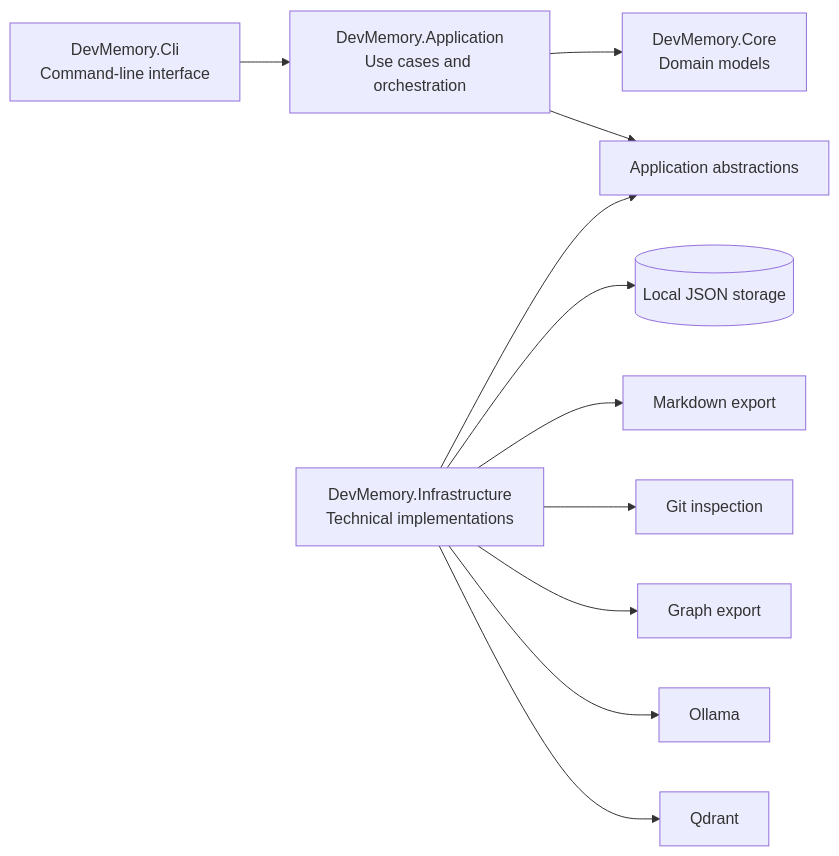
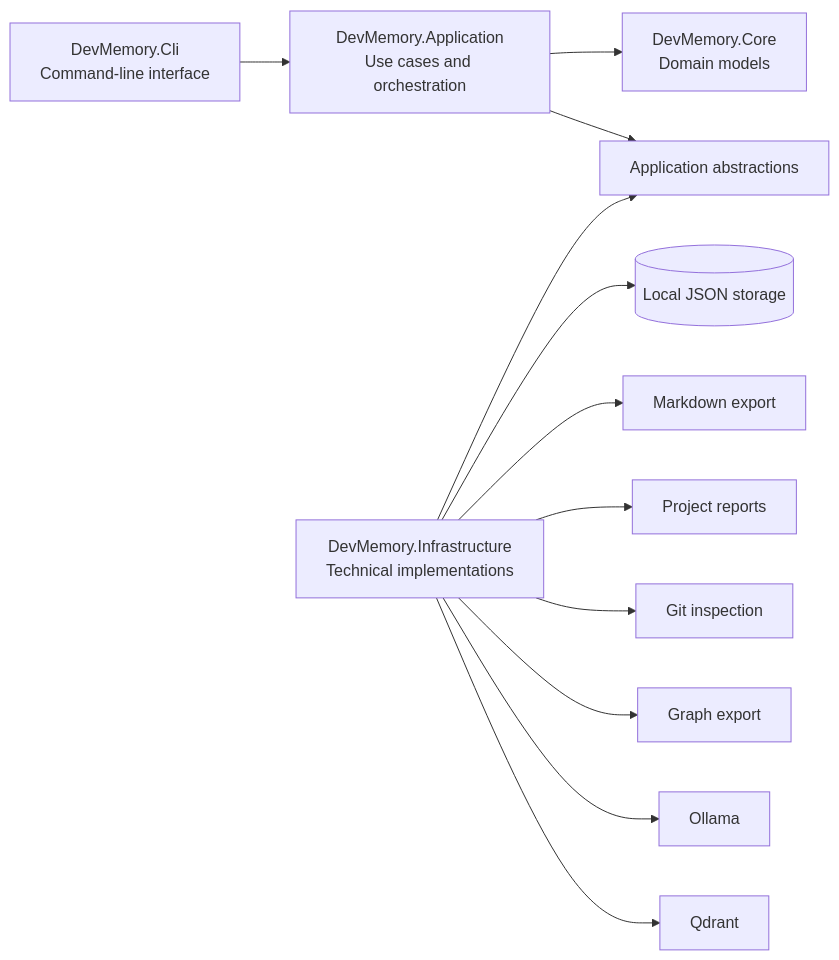
One commit to FilippoGaravaglia/DevMemory changed the first of 6 diagrams in docs/architecture.md. Above: the diagram before and after it, drawn with Mermaid. The commit also changed other lines of this file and 11 other files, not shown here.

````diff
--- a/docs/architecture.md
+++ b/docs/architecture.md
@@ -49,15 +49,16 @@
 ```mermaid
 flowchart LR
     CLI[DevMemory.Cli<br/>Command-line interface] --> APP[DevMemory.Application<br/>Use cases and orchestration]
     APP --> CORE[DevMemory.Core<br/>Domain models]
     APP --> ABSTRACTIONS[Application abstractions]
 
     INFRA[DevMemory.Infrastructure<br/>Technical implementations] --> ABSTRACTIONS
 
     INFRA --> JSON[(Local JSON storage)]
     INFRA --> MD[Markdown export]
+    INFRA --> REPORTS[Project reports]
     INFRA --> GIT[Git inspection]
     INFRA --> GRAPH[Graph export]
     INFRA --> OLLAMA[Ollama]
     INFRA --> QDRANT[Qdrant]
 ```
````
